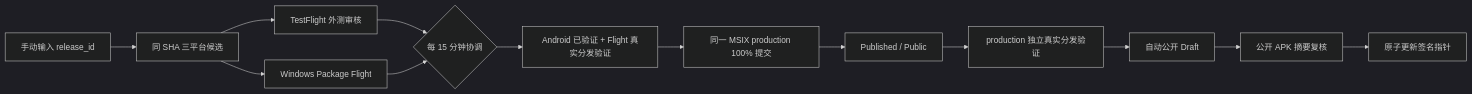
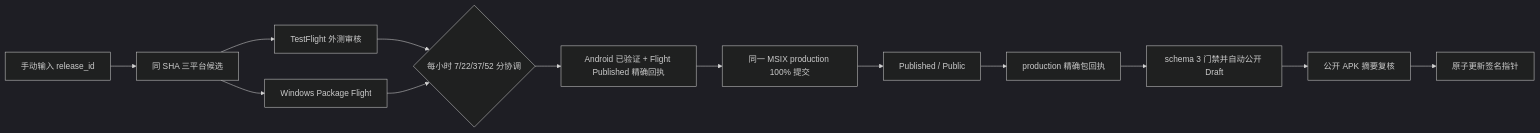
One commit to zhangheng2022/meet_trace changed the diagram in docs/project/GitHub_版本发布流程.md. Above: the diagram before and after it, drawn with Mermaid (dark theme). The commit also changed other lines of this file and 19 other files, not shown here.

````diff
--- a/docs/project/GitHub_版本发布流程.md
+++ b/docs/project/GitHub_版本发布流程.md
@@ -21,15 +21,15 @@
 ```mermaid
 flowchart LR
   A[手动输入 release_id] --> B[同 SHA 三平台候选]
   B --> C[TestFlight 外测审核]
   B --> D[Windows Package Flight]
-  C --> E{每 15 分钟协调}
+  C --> E{每小时 7/22/37/52 分协调}
   D --> E
-  E --> F[Android 已验证 + Flight 真实分发验证]
+  E --> F[Android 已验证 + Flight Published 精确回执]
   F --> G[同一 MSIX production 100% 提交]
   G --> H[Published / Public]
-  H --> I[production 独立真实分发验证]
-  I --> J[自动公开 Draft]
+  H --> I[production 精确包回执]
+  I --> J[schema 3 门禁并自动公开 Draft]
   J --> K[公开 APK 摘要复核]
   K --> L[原子更新签名指针]
 ```
````
